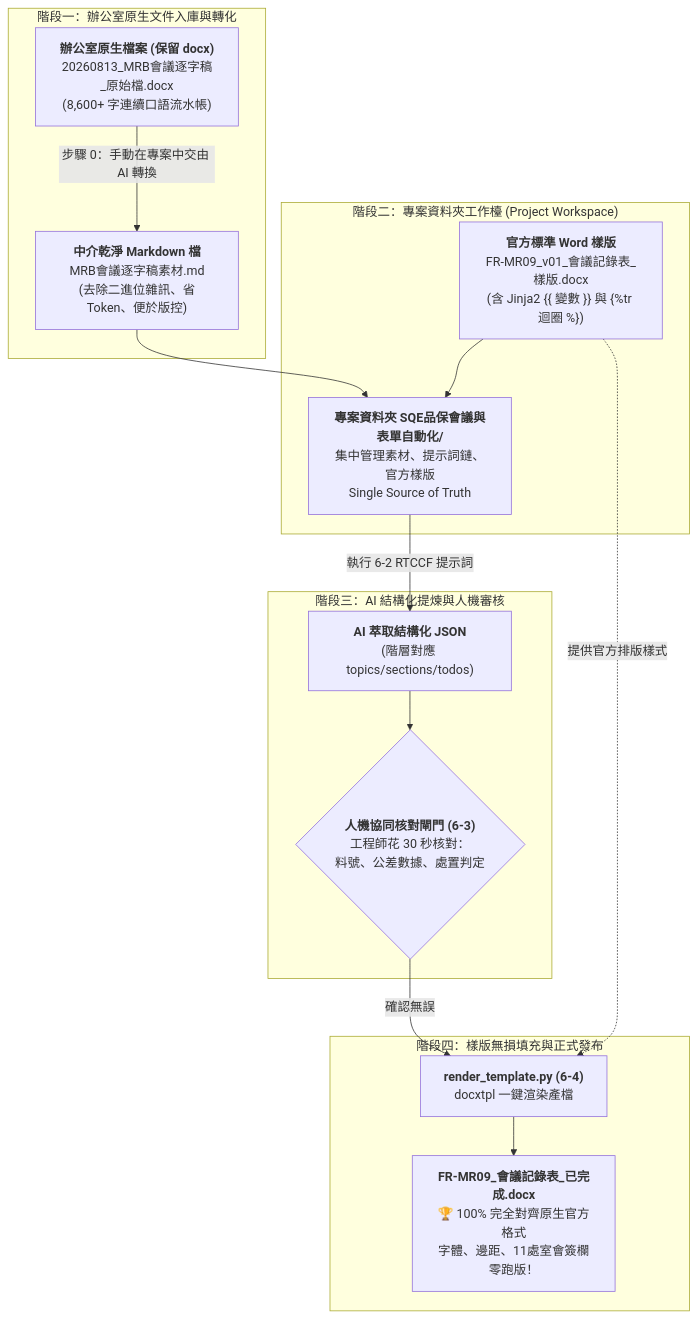
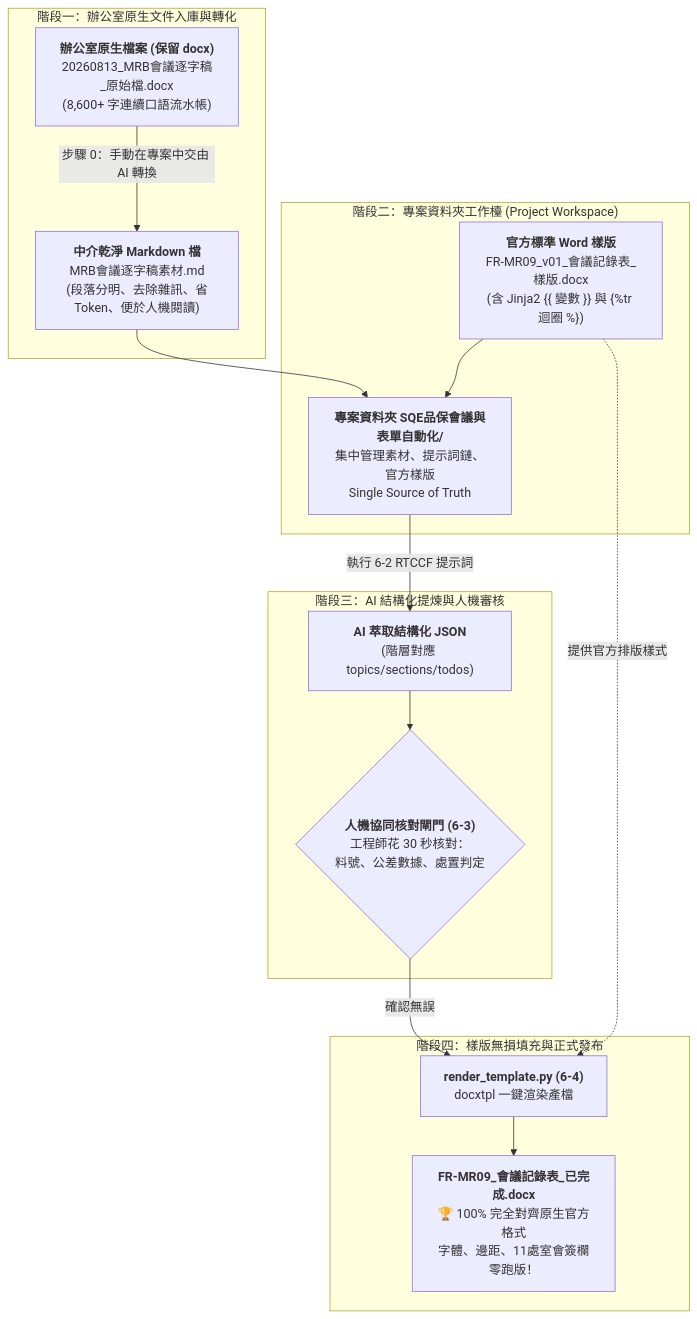
The diagram in 常見的AI應用/實戰範例/SQE品保會議與表單自動化/README.md (roberthsu2003/workflow-productivity), drawn with Mermaid before and after one commit. The commit also changed other lines of this file and 2 other files, not shown here.

````diff
--- a/常見的AI應用/實戰範例/SQE品保會議與表單自動化/README.md
+++ b/常見的AI應用/實戰範例/SQE品保會議與表單自動化/README.md
@@ -22,23 +22,23 @@
 ```mermaid
 flowchart TD
     subgraph Phase1 ["階段一：辦公室原生文件入庫與轉化"]
         RawDocx["<b>辦公室原生檔案 (保留 docx)</b><br/>20260813_MRB會議逐字稿_原始檔.docx<br/>(8,600+ 字連續口語流水帳)"]
-        -->|步驟 0：手動在專案中交由 AI 轉換| CleanMD["<b>中介乾淨 Markdown 檔</b><br/>MRB會議逐字稿素材.md<br/>(去除二進位雜訊、省Token、便於版控)"]
+        -->|步驟 0：手動在專案中交由 AI 轉換| CleanMD["<b>中介乾淨 Markdown 檔</b><br/>MRB會議逐字稿素材.md<br/>(段落分明、去除雜訊、省Token、便於人機閱讀)"]
     end
 
     subgraph Phase2 ["階段二：專案資料夾工作檯 (Project Workspace)"]
         CleanMD --> ProjectFolder["<b>專案資料夾 SQE品保會議與表單自動化/</b><br/>集中管理素材、提示詞鏈、官方樣版<br/>Single Source of Truth"]
         TplDocx["<b>官方標準 Word 樣版</b><br/>FR-MR09_v01_會議記錄表_樣版.docx<br/>(含 Jinja2 {{ 變數 }} 與 {%tr 迴圈 %})"] --> ProjectFolder
     end
 
     subgraph Phase3 ["階段三：AI 結構化提煉與人機審核"]
         ProjectFolder -->|執行 6-2 RTCCF 提示詞| AI_JSON["<b>AI 萃取結構化 JSON</b><br/>(階層對應 topics/sections/todos)"]
         AI_JSON --> HumanCheck{"<b>人機協同核對閘門 (6-3)</b><br/>工程師花 30 秒核對：<br/>料號、公差數據、處置判定"}
     end
 
     subgraph Phase4 ["階段四：樣版無損填充與正式發布"]
         HumanCheck -->|確認無誤| RenderScript["<b>render_template.py (6-4)</b><br/>docxtpl 一鍵渲染產檔"]
         TplDocx -.提供官方排版樣式.-> RenderScript
         RenderScript --> FinalDocx["<b>FR-MR09_會議記錄表_已完成.docx</b><br/>🏆 100% 完全對齊原生官方格式<br/>字體、邊距、11處室會簽欄零跑版！"]
     end
 ```
````
